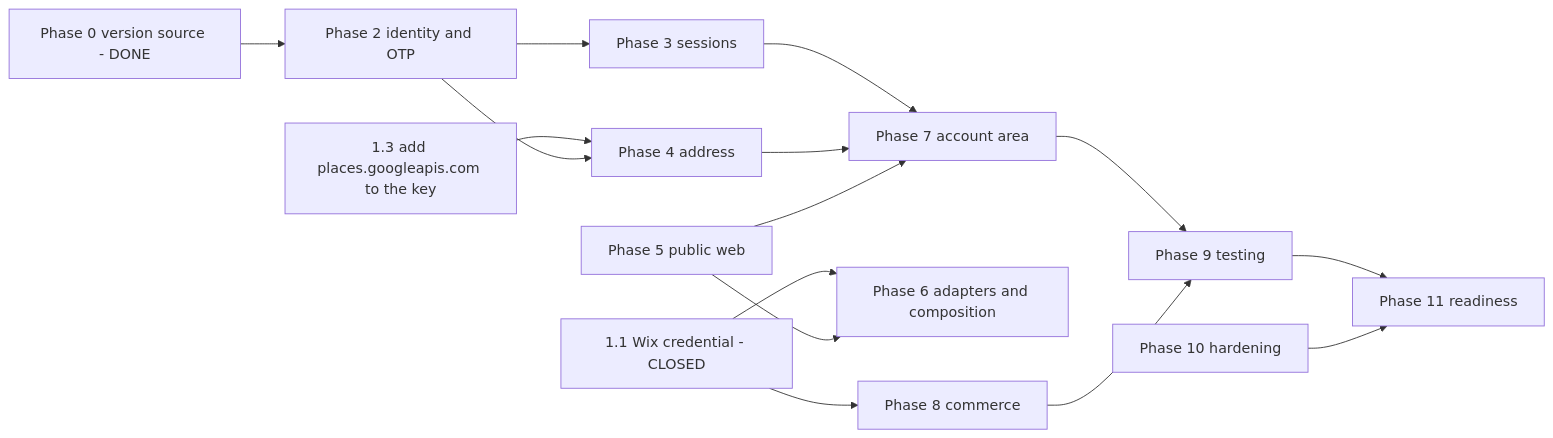
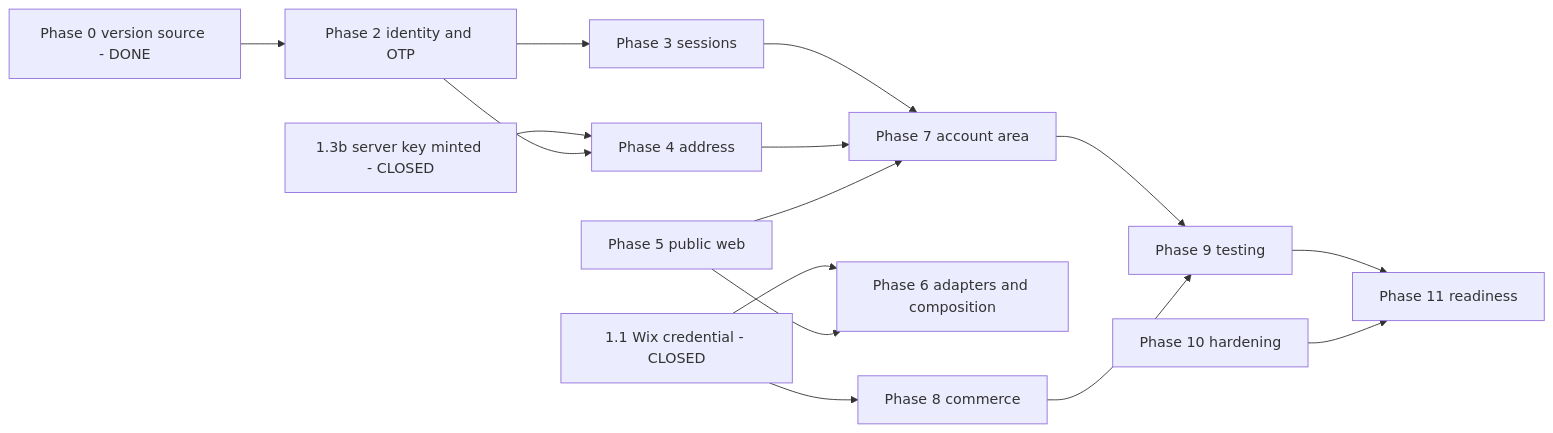
One commit to wecare-digital/bharat-stack changed the diagram in docs/tasks.md. Above: the diagram before and after it, drawn with Mermaid. The commit also changed other lines of this file and 5 other files, not shown here.

````diff
--- a/docs/tasks.md
+++ b/docs/tasks.md
@@ -264,17 +266,17 @@
 ```mermaid
 flowchart LR
     P0[Phase 0 version source - DONE] --> P2[Phase 2 identity and OTP]
     P2 --> P3[Phase 3 sessions]
     P3 --> P7[Phase 7 account area]
-    K[1.3 add places.googleapis.com to the key] --> P4[Phase 4 address]
+    K[1.3b server key minted - CLOSED] --> P4[Phase 4 address]
     P2 --> P4
     P4 --> P7
     W[1.1 Wix credential - CLOSED] --> P6[Phase 6 adapters and composition]
     W --> P8[Phase 8 commerce]
     P5[Phase 5 public web] --> P7
     P5 --> P6
     P7 --> P9[Phase 9 testing]
     P8 --> P9
     P9 --> P11[Phase 11 readiness]
     P10[Phase 10 hardening] --> P11
 ```
````
